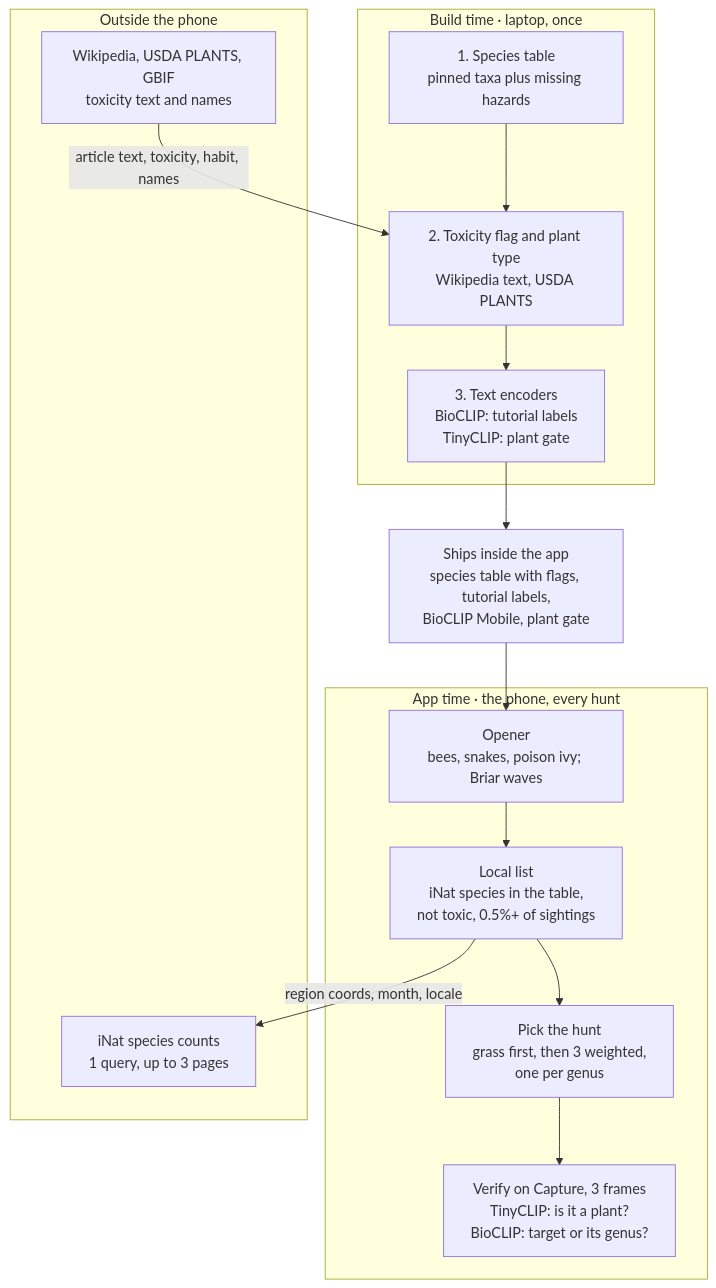
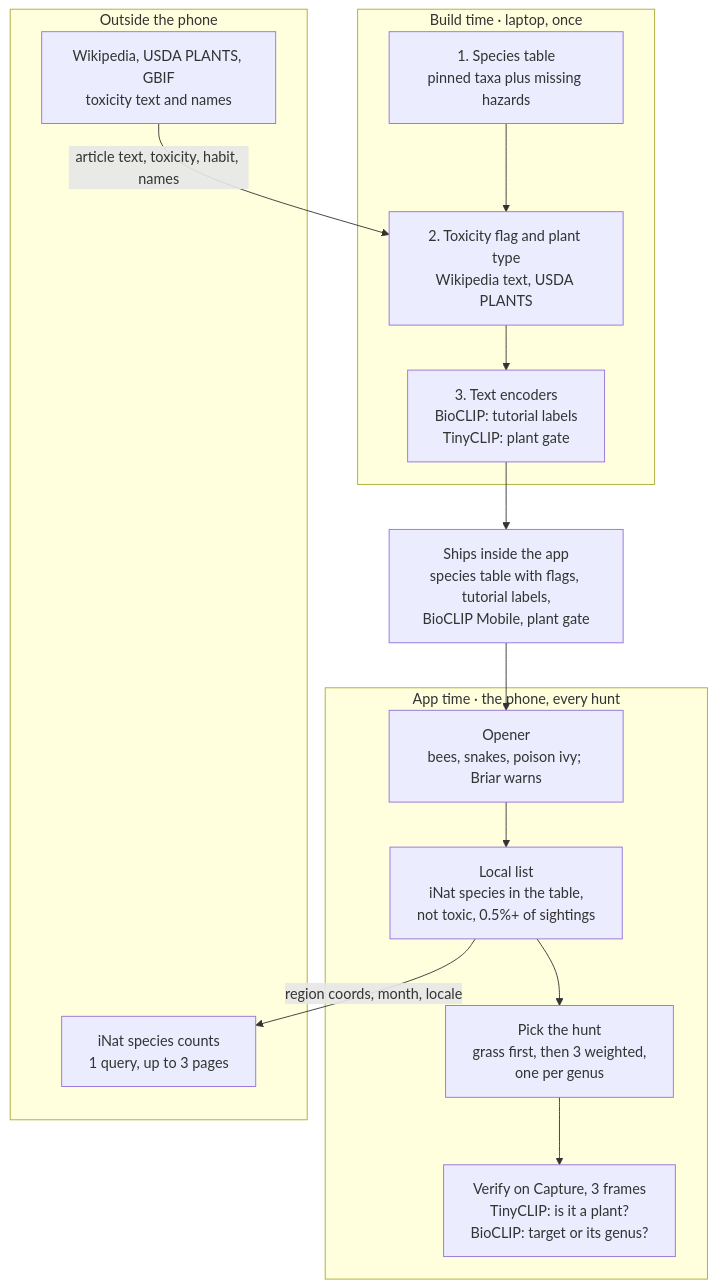
Before and after one commit to anchildress1/wild-find: the diagram in docs/PRD.md, drawn with Mermaid. The commit also changed other lines of this file and 15 other files, not shown here.

````diff
--- a/docs/PRD.md
+++ b/docs/PRD.md
@@ -180,34 +180,34 @@
 ```mermaid
 %%{init: {'theme': 'default'}}%%
 flowchart TD
     accTitle: wild-find architecture
     accDescr: Build time runs once on a laptop and ships the species table with hazard and toxicity flags, the tutorial label vectors, BioCLIP Mobile, and the plant gate inside the app. At app time the phone pulls the local species list, filters it against the table, picks the hunt, and verifies each capture with the plant gate and BioCLIP. Photos and precise location never leave the phone.
 
     subgraph build["Build time · laptop, once"]
         B1["1. Species table<br/>pinned taxa plus missing hazards"]
         B2["2. Toxicity flag and plant type<br/>Wikipedia text, USDA PLANTS"]
         B3["3. Text encoders<br/>BioCLIP: tutorial labels<br/>TinyCLIP: plant gate"]
         B1 --> B2 --> B3
     end
 
     SHIP["Ships inside the app<br/>species table with flags, tutorial labels,<br/>BioCLIP Mobile, plant gate"]
     B3 --> SHIP
 
     subgraph app["App time · the phone, every hunt"]
-        A1["Opener<br/>bees, snakes, poison ivy; Briar waves"]
+        A1["Opener<br/>bees, snakes, poison ivy; Briar warns"]
         A2["Local list<br/>iNat species in the table,<br/>not toxic, 0.5%+ of sightings"]
         A3["Pick the hunt<br/>grass first, then 3 weighted,<br/>one per genus"]
         A5["Verify on Capture, 3 frames<br/>TinyCLIP: is it a plant?<br/>BioCLIP: target or its genus?"]
         A1 --> A2 --> A3 --> A5
     end
 
     SHIP --> A1
 
     subgraph outside["Outside the phone"]
         E2["Wikipedia, USDA PLANTS, GBIF<br/>toxicity text and names"]
         E3["iNat species counts<br/>1 query, up to 3 pages"]
     end
 
     E2 -- "article text, toxicity, habit, names" --> B2
     A2 -- "region coords, month, locale" --> E3
 ```
````
